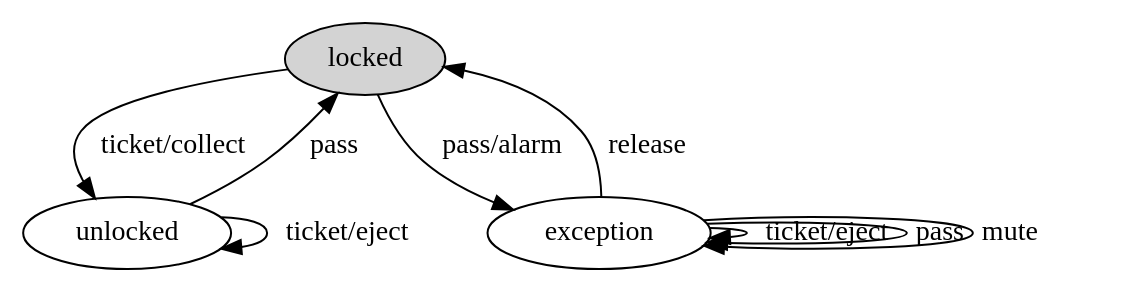
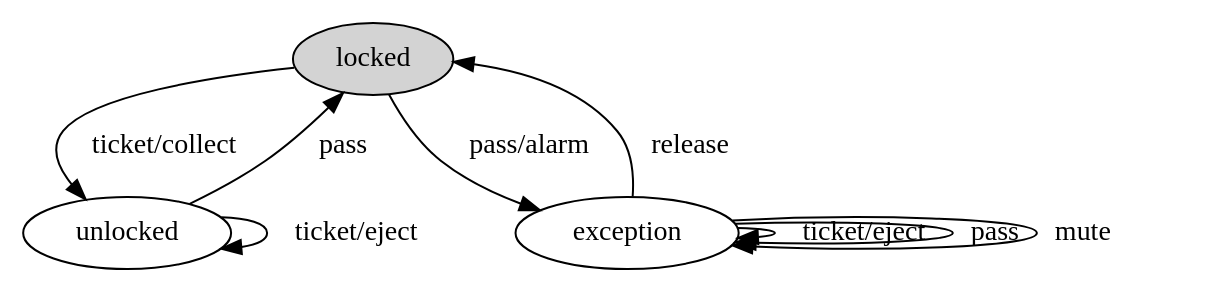
The diagram in languages/fsml/sample-turnstile.dot (slebok/slepro), drawn with Graphviz before and after one commit. The commit also changed 17 other files, not shown here.

```diff
--- a/languages/fsml/sample-turnstile.dot
+++ b/languages/fsml/sample-turnstile.dot
@@ -1,13 +1,13 @@
 digraph G {
   locked [label="locked", shape=ellipse, style=filled]
   unlocked [label="unlocked", shape=ellipse]
   exception [label="exception", shape=ellipse]
-  locked -> unlocked [label="ticket/collect"]
-  locked -> exception [label="pass/alarm"]
-  unlocked -> unlocked [label="ticket/eject"]
-  unlocked -> locked [label="pass"]
-  exception -> exception [label="ticket/eject"]
-  exception -> exception [label="pass"]
-  exception -> exception [label="mute"]
-  exception -> locked [label="release"]
+  locked -> unlocked [label=" ticket/collect "]
+  locked -> exception [label=" pass/alarm "]
+  unlocked -> unlocked [label=" ticket/eject "]
+  unlocked -> locked [label=" pass "]
+  exception -> exception [label=" ticket/eject "]
+  exception -> exception [label=" pass "]
+  exception -> exception [label=" mute "]
+  exception -> locked [label=" release "]
 }
```
